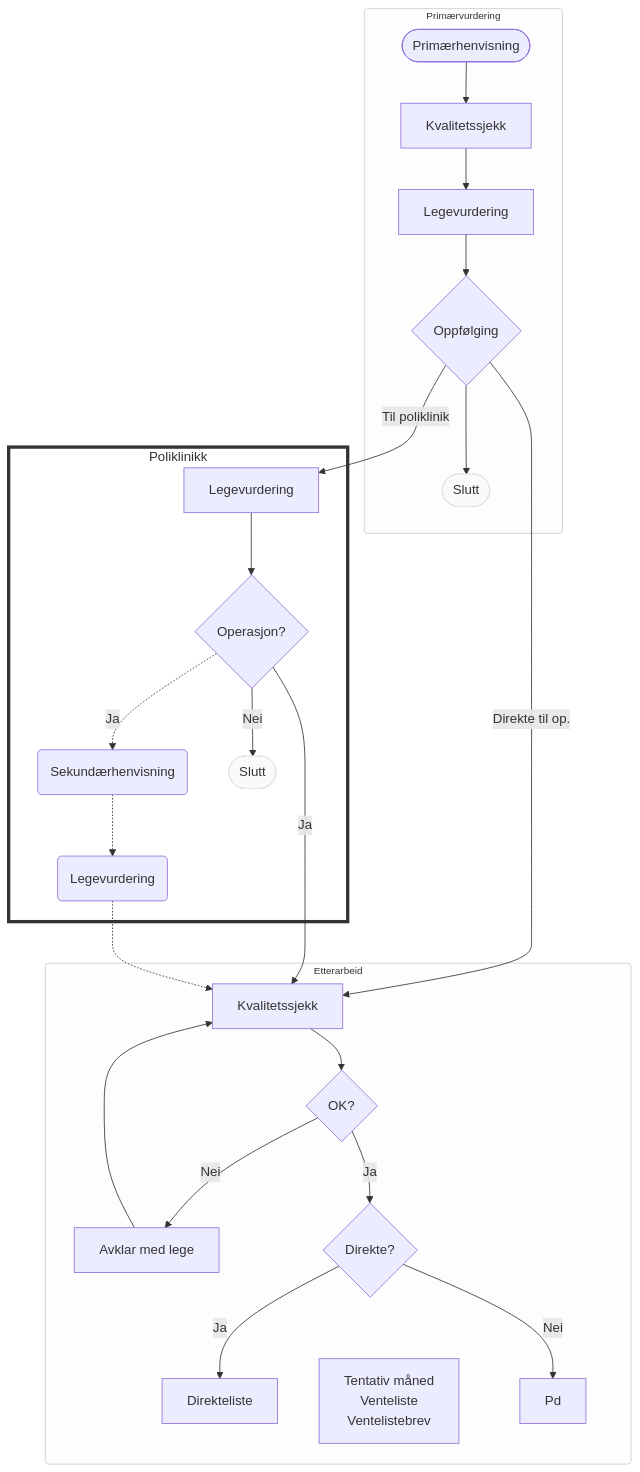
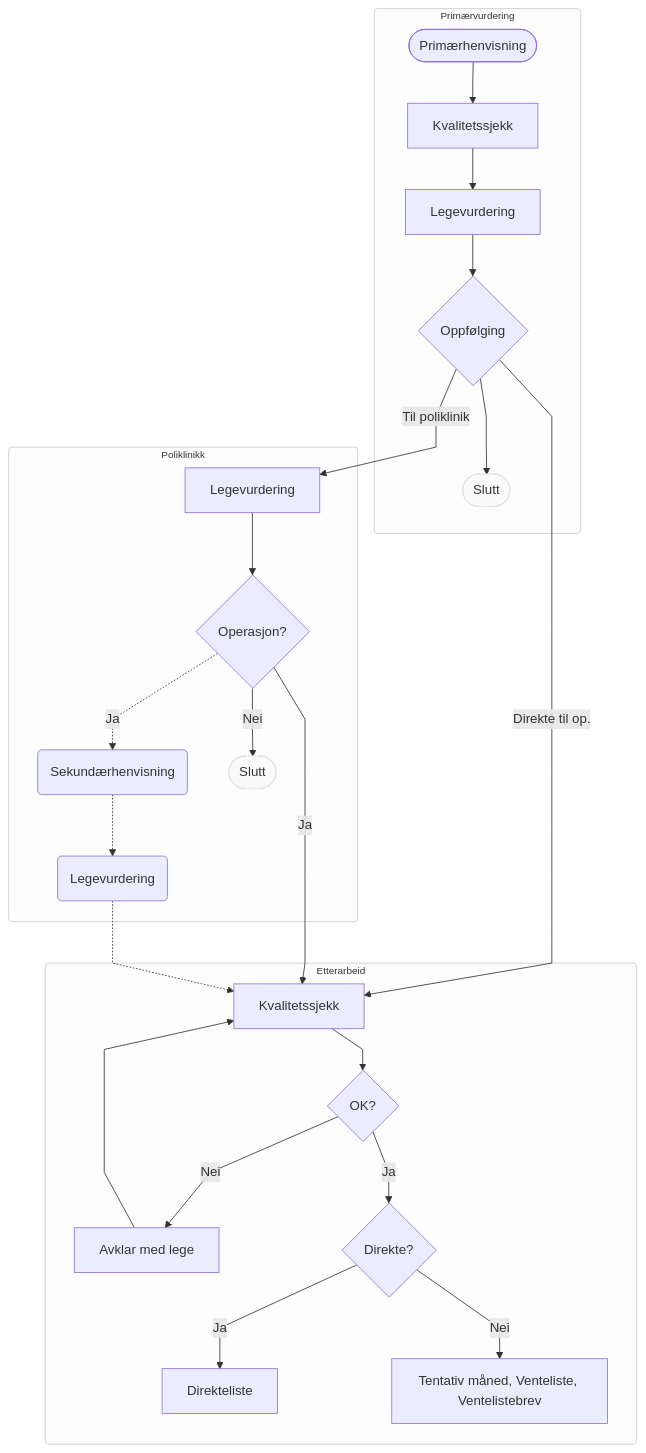
Before and after one commit to srbolle/transcribe: the diagram in flytskjema.qmd, drawn with Mermaid.

Commit message:
feat: update flowchart styling and fix node connections
Add linear curve configuration, consolidate class assignments for subgraphs, remove edge styling, simplify multi-line text formatting, and fix node reference typo (Pd -> P)

````diff
--- a/flytskjema.qmd
+++ b/flytskjema.qmd
@@ -3,65 +3,68 @@
 ```{mermaid}
+---
+config:
+  flowchart:
+    curve: linear
+---
 flowchart TD
   %% Vurdering av primærhenvisning
   subgraph "Primærvurdering"
     A([Primærhenvisning])
     B[Kvalitetssjekk]
     C[Legevurdering]
     D{Oppfølging}
     F([Slutt])
 
     A --> B
     B --> C
     C --> D
     D --> F
   end
 
   %% Poliklinikk
   subgraph "Poliklinikk"
     G[Legevurdering]
     H(Sekundærhenvisning)
     I{Operasjon?}
     J([Slutt])
     K(Legevurdering)
 
     D -->|Til poliklinik| G
     G --> I
     I -->|Nei| J
     I -. Ja .-> H
     H -.-> K
   end
 
   %% Etterarbeid
   subgraph "Etterarbeid"
     D -->|Direkte til op.| E
     E[Kvalitetssjekk]
     L{OK?}
     M[Avklar med lege]
     N{Direkte?}
     O[Direkteliste]
-    P[Tentativ måned \n Venteliste \n Ventelistebrev]
+    P[Tentativ måned, Venteliste, Ventelistebrev]
 
     I -->|Ja| E
     K -.-> E
     E --> L
     L -->|Nei| M
     L -->|Ja| N
-    M e1@--> E
+    M --> E
     N -->|Ja| O
-    N -->|Nei| Pd
+    N -->|Nei| P
   end
 
-  style Poliklinikk fill:#fff,stroke:#333,stroke-width:4px
+  %% style Poliklinikk fill:#fff,stroke:#333,stroke-width:4px
 
   %% Class assignments
-  class Primærvurdering input
-  class Etterarbeid input
+  class Primærvurdering,Poliklinikk,Etterarbeid input
   class J,F layout
 
   %% Styles
   classDef input fill:#fdfdfd,stroke:#ccc,stroke-width:1px,font-size:12px,rx:4,ry:4
   classDef button fill:#2e78f0,stroke:#1e60d4,color:#fff,font-weight:bold,rx:20,ry:20
   classDef decision fill:#ffffff,stroke:#444,stroke-width:2px,font-style:italic
   classDef layout fill:#fafafa,stroke:#ddd,stroke-dasharray: 2 2
-
 ```
````
